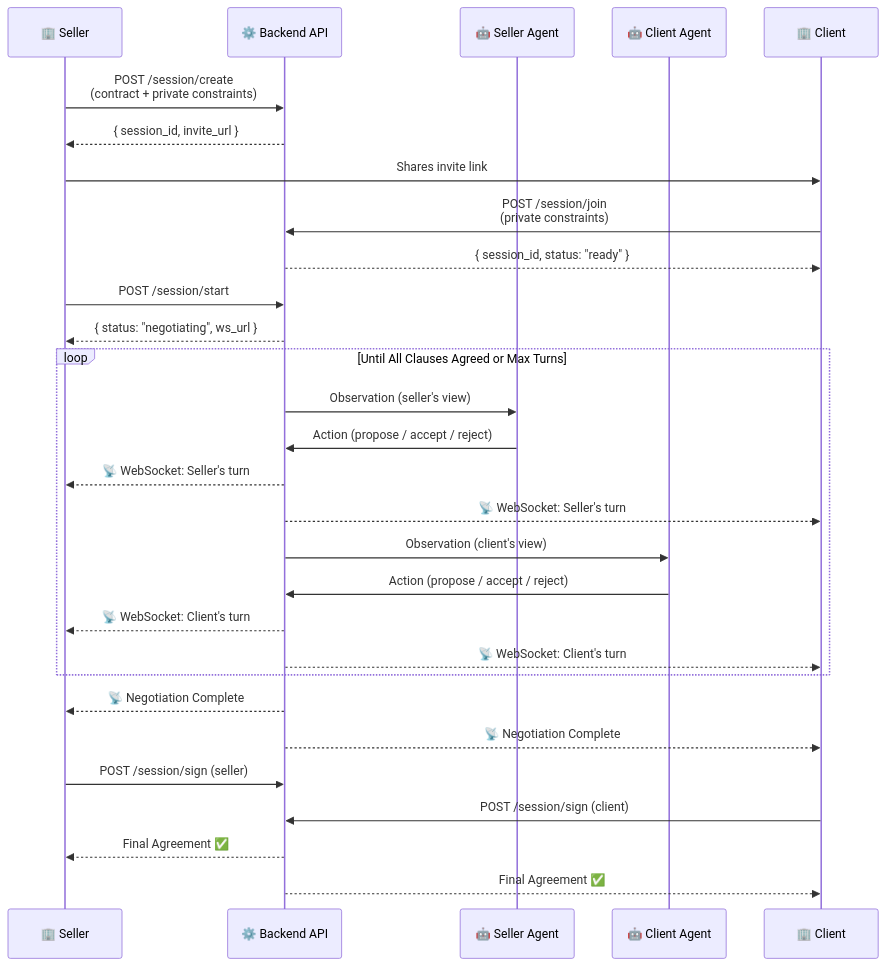
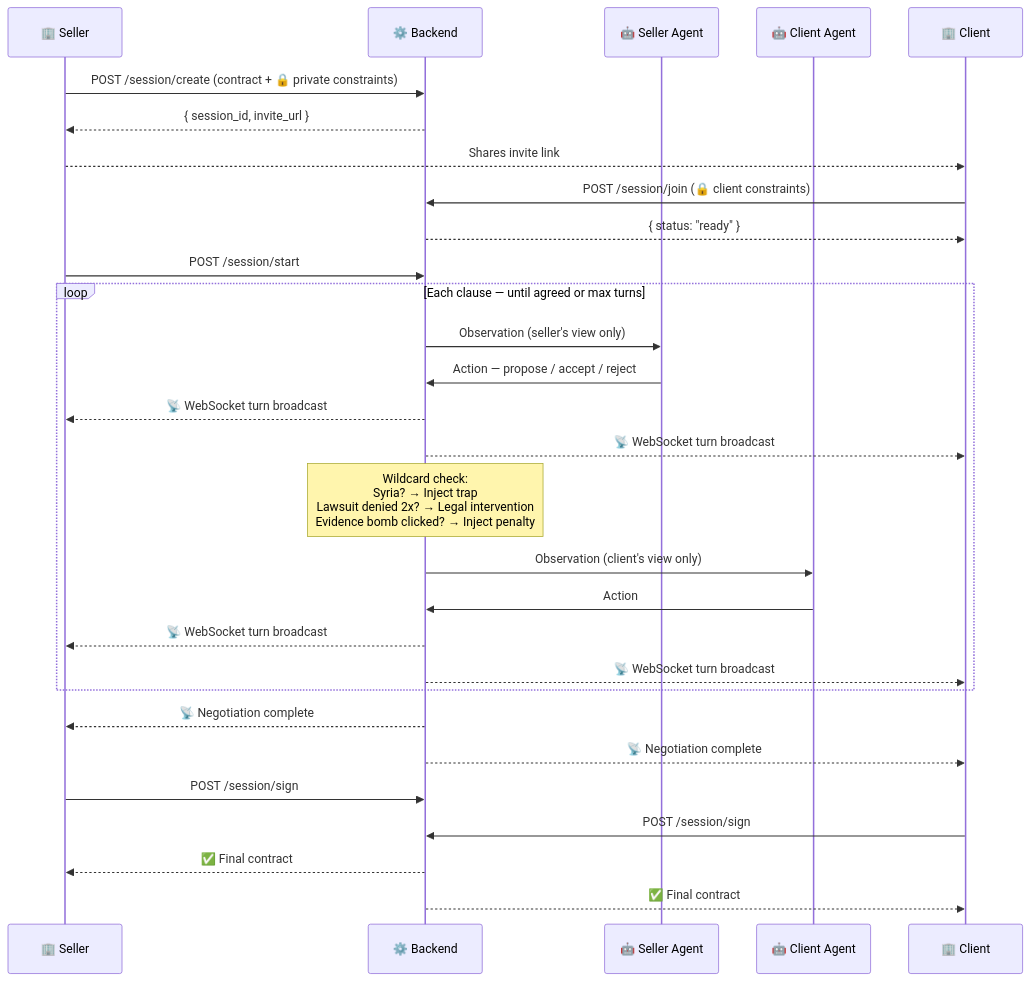
One commit to kantinilesh/Meta_hackathon changed the third of 3 diagrams in README.md. Above: the diagram before and after it, drawn with Mermaid. The commit also changed other lines of this file, not shown here.

````diff
--- a/README.md
+++ b/README.md
@@ -137,38 +246,37 @@
 ```mermaid
 sequenceDiagram
     participant S as 🏢 Seller
-    participant API as ⚙️ Backend API
+    participant API as ⚙️ Backend
     participant SA as 🤖 Seller Agent
     participant CA as 🤖 Client Agent
     participant C as 🏢 Client
 
-    S->>API: POST /session/create<br/>(contract + private constraints)
+    S->>API: POST /session/create (contract + 🔒 private constraints)
     API-->>S: { session_id, invite_url }
-    S->>C: Shares invite link
+    S-->>C: Shares invite link
 
-    C->>API: POST /session/join<br/>(private constraints)
-    API-->>C: { session_id, status: "ready" }
+    C->>API: POST /session/join (🔒 client constraints)
+    API-->>C: { status: "ready" }
+    S->>API: POST /session/start
 
-    S->>API: POST /session/start
-    API-->>S: { status: "negotiating", ws_url }
+    loop Each clause — until agreed or max turns
+        API->>SA: Observation (seller's view only)
+        SA->>API: Action — propose / accept / reject
+        API-->>S: 📡 WebSocket turn broadcast
+        API-->>C: 📡 WebSocket turn broadcast
 
-    loop Until All Clauses Agreed or Max Turns
-        API->>SA: Observation (seller's view)
-        SA->>API: Action (propose / accept / reject)
-        API-->>S: 📡 WebSocket: Seller's turn
-        API-->>C: 📡 WebSocket: Seller's turn
-
-        API->>CA: Observation (client's view)
-        CA->>API: Action (propose / accept / reject)
-        API-->>S: 📡 WebSocket: Client's turn
-        API-->>C: 📡 WebSocket: Client's turn
+        Note over API: Wildcard check:<br/>Syria? → Inject trap<br/>Lawsuit denied 2x? → Legal intervention<br/>Evidence bomb clicked? → Inject penalty
+        
+        API->>CA: Observation (client's view only)
+        CA->>API: Action
+        API-->>S: 📡 WebSocket turn broadcast
+        API-->>C: 📡 WebSocket turn broadcast
     end
 
-    API-->>S: 📡 Negotiation Complete
-    API-->>C: 📡 Negotiation Complete
-
-    S->>API: POST /session/sign (seller)
-    C->>API: POST /session/sign (client)
-    API-->>S: Final Agreement ✅
-    API-->>C: Final Agreement ✅
+    API-->>S: 📡 Negotiation complete
+    API-->>C: 📡 Negotiation complete
+    S->>API: POST /session/sign
+    C->>API: POST /session/sign
+    API-->>S: ✅ Final contract
+    API-->>C: ✅ Final contract
 ```
````
